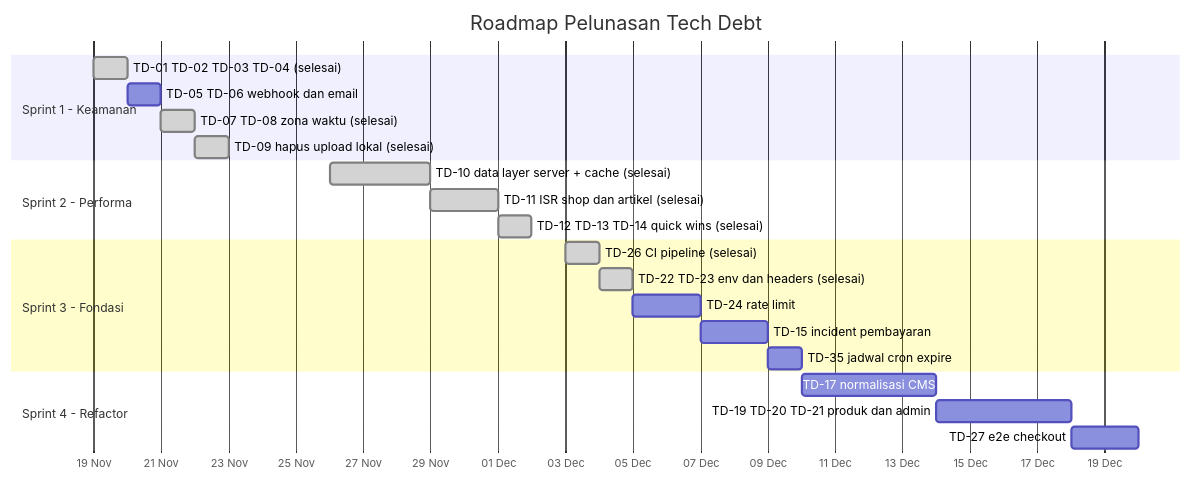
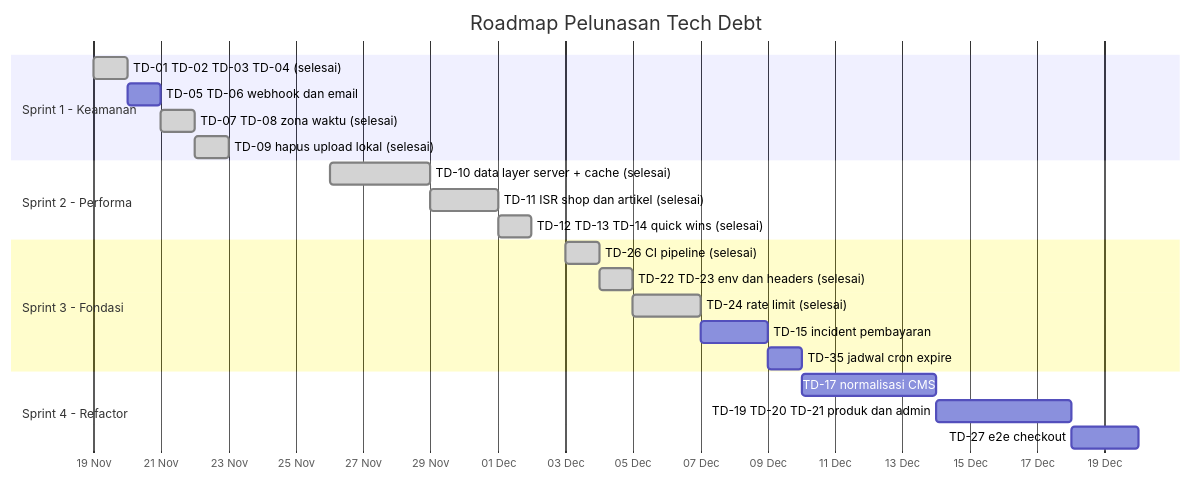
One commit to imamnura/zari-madu changed the diagram in docs/engineering/TECH-DEBT.md. Above: the diagram before and after it, drawn with Mermaid. The commit also changed other lines of this file and 28 other files, not shown here.

````diff
--- a/docs/engineering/TECH-DEBT.md
+++ b/docs/engineering/TECH-DEBT.md
@@ -77,25 +77,25 @@
 ```mermaid
 gantt
     title Roadmap Pelunasan Tech Debt
     dateFormat YYYY-MM-DD
     axisFormat %d %b
     section Sprint 1 - Keamanan
     TD-01 TD-02 TD-03 TD-04 (selesai) :done, s1a, 2026-11-19, 1d
     TD-05 TD-06 webhook dan email   :s1c, 2026-11-20, 1d
     TD-07 TD-08 zona waktu (selesai) :done, s1d, after s1c, 1d
     TD-09 hapus upload lokal (selesai) :done, s1e, after s1d, 1d
     section Sprint 2 - Performa
     TD-10 data layer server + cache (selesai) :done, s2a, 2026-11-26, 3d
     TD-11 ISR shop dan artikel (selesai) :done, s2b, after s2a, 2d
     TD-12 TD-13 TD-14 quick wins (selesai) :done, s2c, after s2b, 1d
     section Sprint 3 - Fondasi
     TD-26 CI pipeline (selesai)     :done, s3a, 2026-12-03, 1d
     TD-22 TD-23 env dan headers (selesai) :done, s3b, after s3a, 1d
-    TD-24 rate limit                :s3c, after s3b, 2d
+    TD-24 rate limit (selesai)      :done, s3c, after s3b, 2d
     TD-15 incident pembayaran       :s3d, after s3c, 2d
     TD-35 jadwal cron expire        :s3e, after s3d, 1d
     section Sprint 4 - Refactor
     TD-17 normalisasi CMS           :s4a, 2026-12-10, 4d
     TD-19 TD-20 TD-21 produk dan admin :s4b, after s4a, 4d
     TD-27 e2e checkout              :s4c, after s4b, 2d
 ```
````
